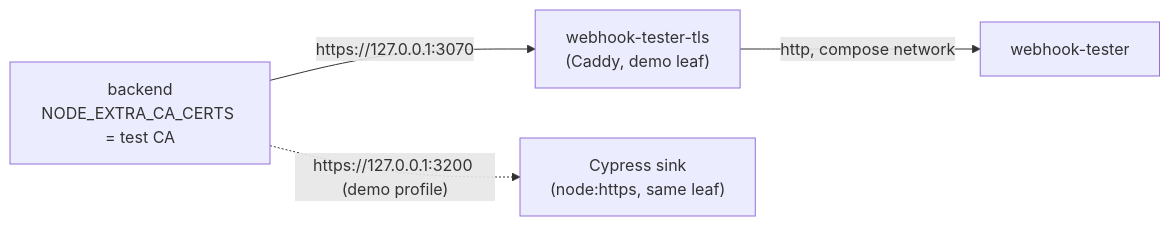
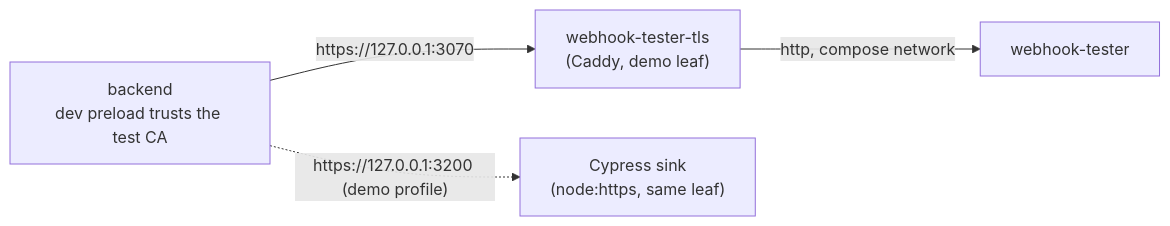
Before and after one commit to Guebbit/boilerplate-node-backend: the fourth of 4 diagrams in docs/modules/webhooks.md, drawn with Mermaid. The commit also changed other lines of this file and 11 other files, not shown here.

First line of the commit message:
fix(scenarios): the webhook sink double trusts its own CA, so no launcher can forget it

````diff
--- a/docs/modules/webhooks.md
+++ b/docs/modules/webhooks.md
@@ -301,6 +301,6 @@
 ```mermaid
 flowchart LR
-    B["backend<br/>NODE_EXTRA_CA_CERTS = test CA"] -->|"https://127.0.0.1:3070"| P["webhook-tester-tls<br/>(Caddy, demo leaf)"]
+    B["backend<br/>dev preload trusts the test CA"] -->|"https://127.0.0.1:3070"| P["webhook-tester-tls<br/>(Caddy, demo leaf)"]
     P -->|"http, compose network"| T["webhook-tester"]
     B -.->|"https://127.0.0.1:3200 (demo profile)"| C["Cypress sink<br/>(node:https, same leaf)"]
 ```
````
